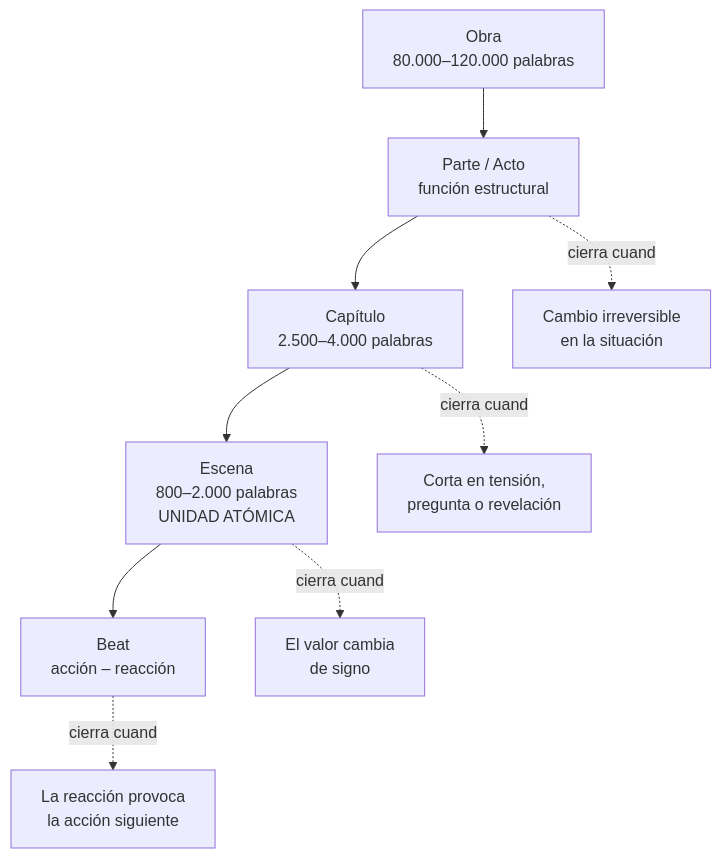
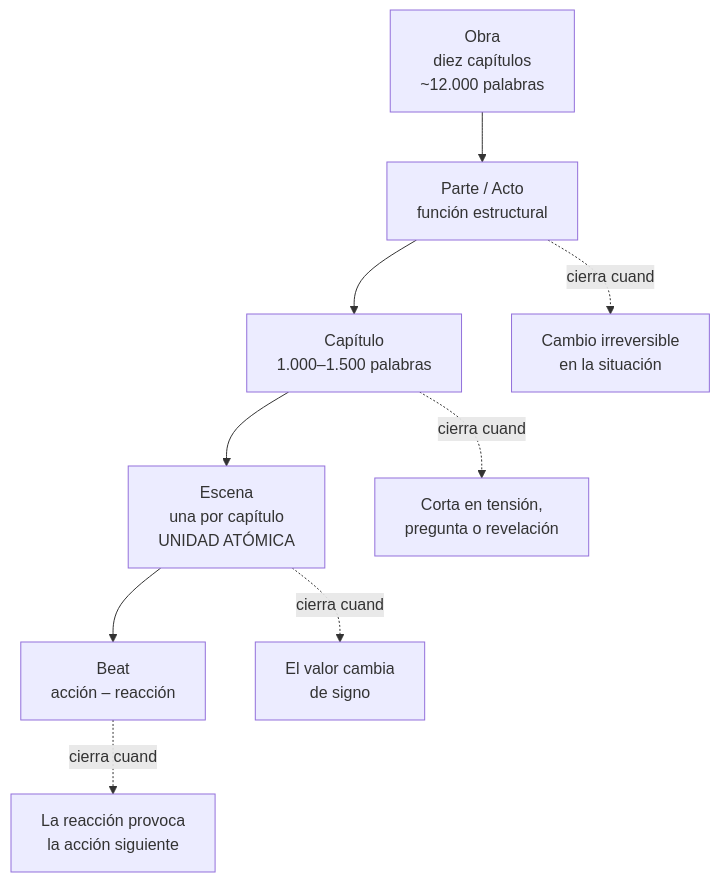
Before and after one commit to maujimenez4/ciberpunk-storymaker: the first of 5 diagrams in docs/domain-knowledge.md, drawn with Mermaid. The commit also changed other lines of this file and 5 other files, not shown here.

````diff
--- a/docs/domain-knowledge.md
+++ b/docs/domain-knowledge.md
@@ -76,12 +100,12 @@
 ```mermaid
 flowchart TD
-  B["Obra<br/>80.000–120.000 palabras"] --> C["Parte / Acto<br/>función estructural"]
-  C --> D["Capítulo<br/>2.500–4.000 palabras"]
-  D --> E["Escena<br/>800–2.000 palabras<br/>UNIDAD ATÓMICA"]
+  B["Obra<br/>diez capítulos<br/>~12.000 palabras"] --> C["Parte / Acto<br/>función estructural"]
+  C --> D["Capítulo<br/>1.000–1.500 palabras"]
+  D --> E["Escena<br/>una por capítulo<br/>UNIDAD ATÓMICA"]
   E --> F["Beat<br/>acción – reacción"]
 
   C -.cierra cuando.-> C1["Cambio irreversible<br/>en la situación"]
   D -.cierra cuando.-> D1["Corta en tensión,<br/>pregunta o revelación"]
   E -.cierra cuando.-> E1["El valor cambia<br/>de signo"]
   F -.cierra cuando.-> F1["La reacción provoca<br/>la acción siguiente"]
 ```
````
